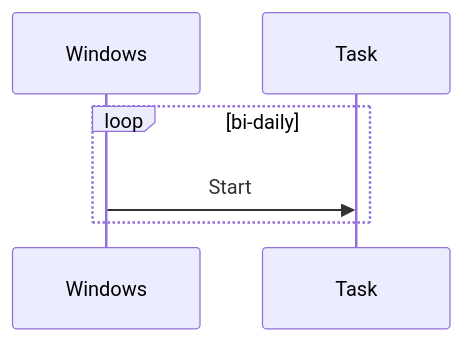
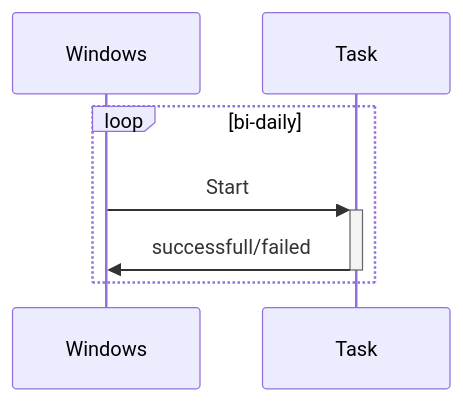
The fifth of 5 diagrams in README.md (chris234567/Dell-Night-Light), drawn with Mermaid before and after one commit. The commit also changed other lines of this file, not shown here.

Commit message:
Corrections for State- & Sequencediagrams

````diff
--- a/README.md
+++ b/README.md
@@ -215,6 +222,7 @@
 ```mermaid
     sequenceDiagram
         loop bi-daily
-            Windows ->> Task: Start
+            Windows ->>+ Task : Start
+            Task ->>- Windows : successfull/failed
         end 
 ```
````
